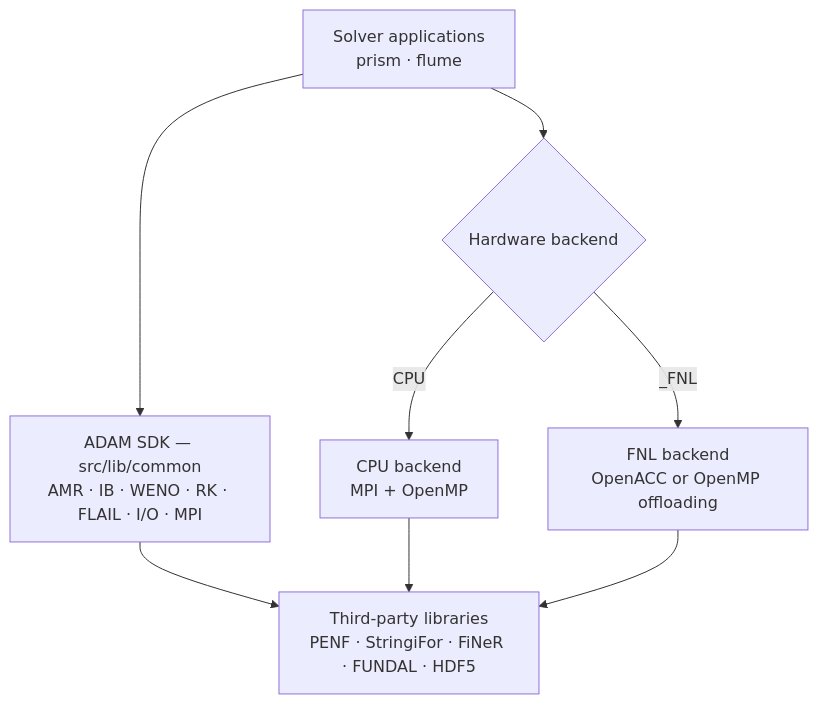
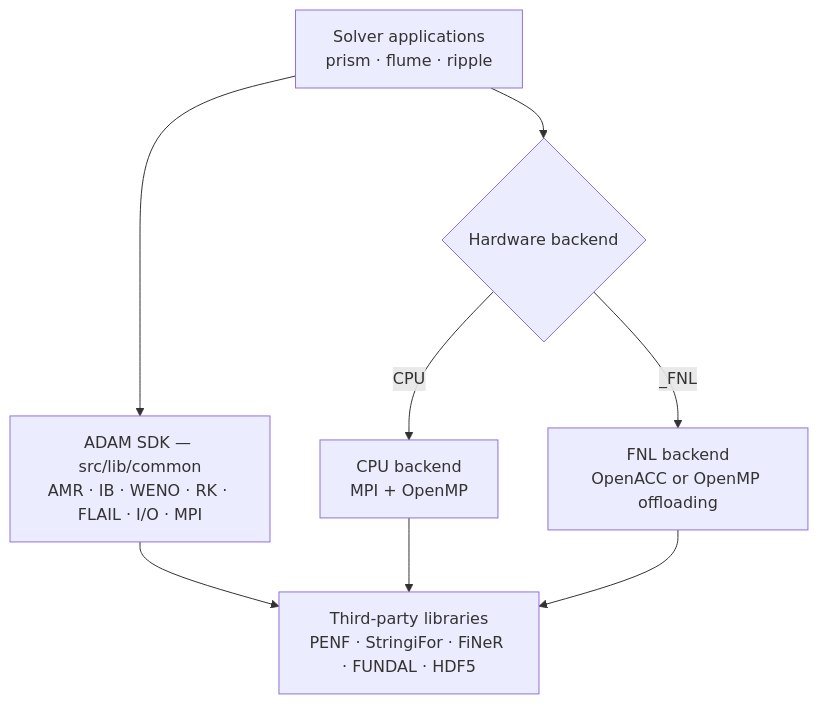
Before and after one commit to szaghi/adam: the first of 2 diagrams in docs/concepts/architecture.md, drawn with Mermaid. The commit also changed other lines of this file and 47 other files, not shown here.

First line of the commit message:
docs: restructure: a Developer section, one home per topic, FLUME turbulence and PRISM hazards pages, redirects

````diff
--- a/docs/concepts/architecture.md
+++ b/docs/concepts/architecture.md
@@ -14,10 +24,10 @@
 ```mermaid
 graph TD
-    A[Solver applications<br/>prism · flume] --> B[ADAM SDK — src/lib/common<br/>AMR · IB · WENO · RK · FLAIL · I/O · MPI]
+    A[Solver applications<br/>prism · flume · ripple] --> B[ADAM SDK — src/lib/common<br/>AMR · IB · WENO · RK · FLAIL · I/O · MPI]
     A --> C{Hardware backend}
     C -->|CPU| CPU[CPU backend<br/>MPI + OpenMP]
     C -->|_FNL| E[FNL backend<br/>OpenACC or OpenMP offloading]
     B --> G[Third-party libraries<br/>PENF · StringiFor · FiNeR · FUNDAL · HDF5]
     CPU --> G
     E --> G
 ```
````
